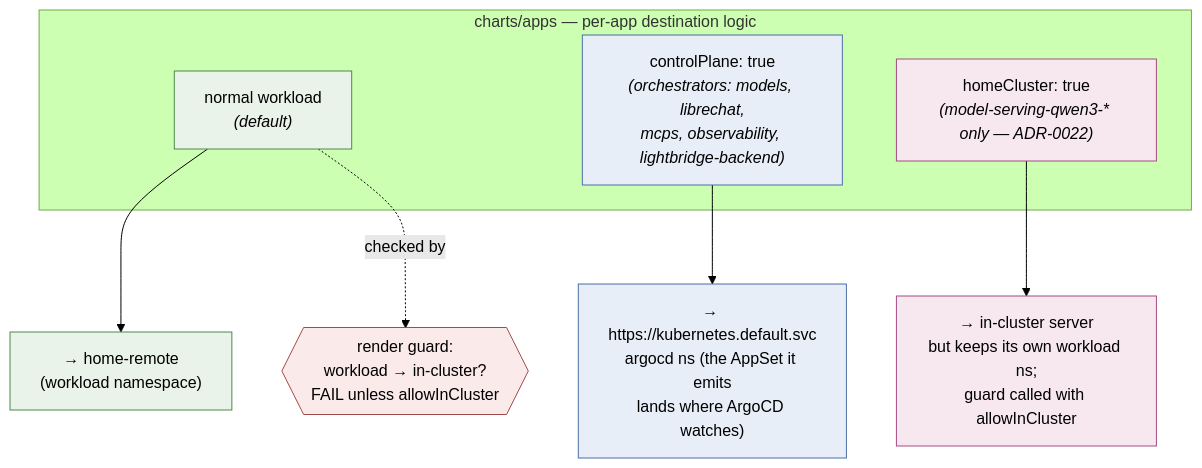
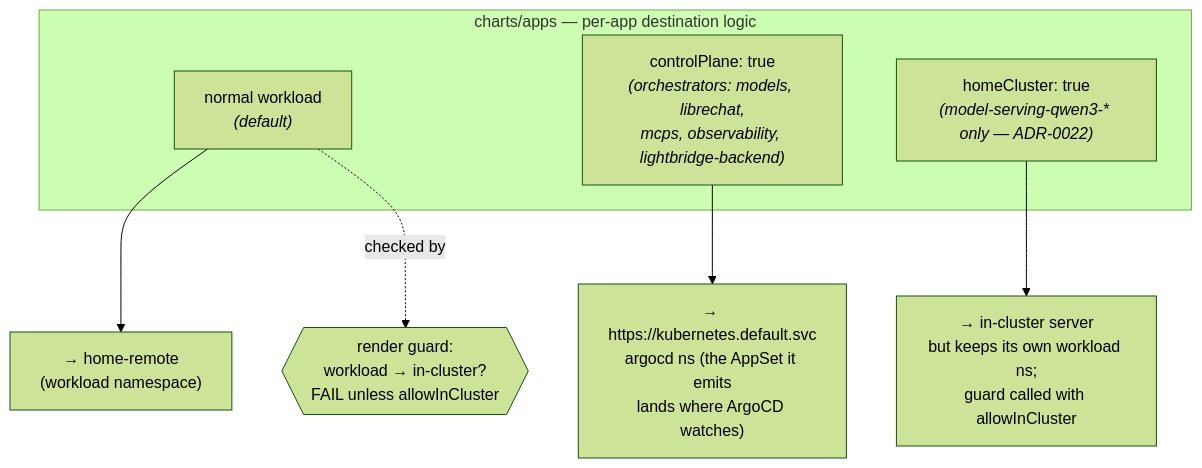
One commit to ADORSYS-GIS/ai-helm changed the second of 7 diagrams in docs/architecture/04-gitops-deployment.md. Above: the diagram before and after it, drawn with Mermaid (forest theme). The commit also changed other lines of this file and 13 other files, not shown here.

First line of the commit message:
docs(architecture): uncolor all mermaid; refresh CD/components; add diagrams

````diff
--- a/docs/architecture/04-gitops-deployment.md
+++ b/docs/architecture/04-gitops-deployment.md
@@ -44,24 +43,20 @@
 ```mermaid
 flowchart TB
     subgraph apps["charts/apps — per-app destination logic"]
-        WL["normal workload<br/><i>(default)</i>"]:::own
-        CP["controlPlane: true<br/><i>(orchestrators: models, librechat,<br/>mcps, observability, lightbridge-backend)</i>"]:::ctrl
-        HC["homeCluster: true<br/><i>(model-serving-qwen3-* only — ADR-0022)</i>"]:::gpu
+        WL["normal workload<br/><i>(default)</i>"]
+        CP["controlPlane: true<br/><i>(orchestrators: models, librechat,<br/>mcps, observability, lightbridge-backend)</i>"]
+        HC["homeCluster: true<br/><i>(model-serving-qwen3-* only — ADR-0022)</i>"]
     end
 
-    DESTW["→ home-remote<br/>(workload namespace)"]:::own
-    DESTC["→ https://kubernetes.default.svc<br/>argocd ns (the AppSet it emits<br/>lands where ArgoCD watches)"]:::ctrl
-    DESTH["→ in-cluster server<br/>but keeps its own workload ns;<br/>guard called with allowInCluster"]:::gpu
+    DESTW["→ home-remote<br/>(workload namespace)"]
+    DESTC["→ https://kubernetes.default.svc<br/>argocd ns (the AppSet it emits<br/>lands where ArgoCD watches)"]
+    DESTH["→ in-cluster server<br/>but keeps its own workload ns;<br/>guard called with allowInCluster"]
 
     WL --> DESTW
     CP --> DESTC
     HC --> DESTH
 
-    GUARD{{"render guard:<br/>workload → in-cluster?<br/>FAIL unless allowInCluster"}}:::warn
+    GUARD{{"render guard:<br/>workload → in-cluster?<br/>FAIL unless allowInCluster"}}
     WL -.checked by.-> GUARD
 
-    classDef own fill:#eaf3ea,stroke:#4a8a4a;
-    classDef ctrl fill:#e8eef7,stroke:#4a6fa5;
-    classDef gpu fill:#f7e8f0,stroke:#a54a81;
-    classDef warn fill:#fbeaea,stroke:#a54a4a;
 ```
````
